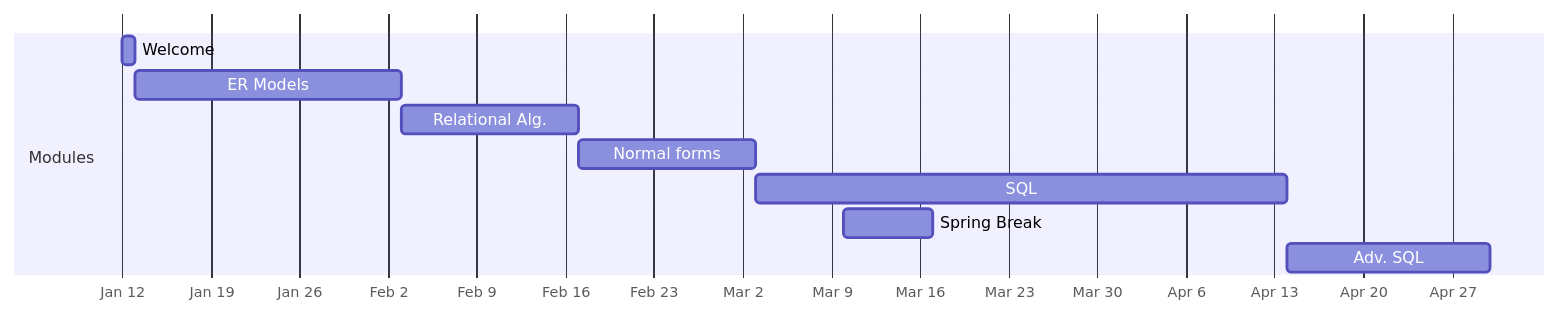
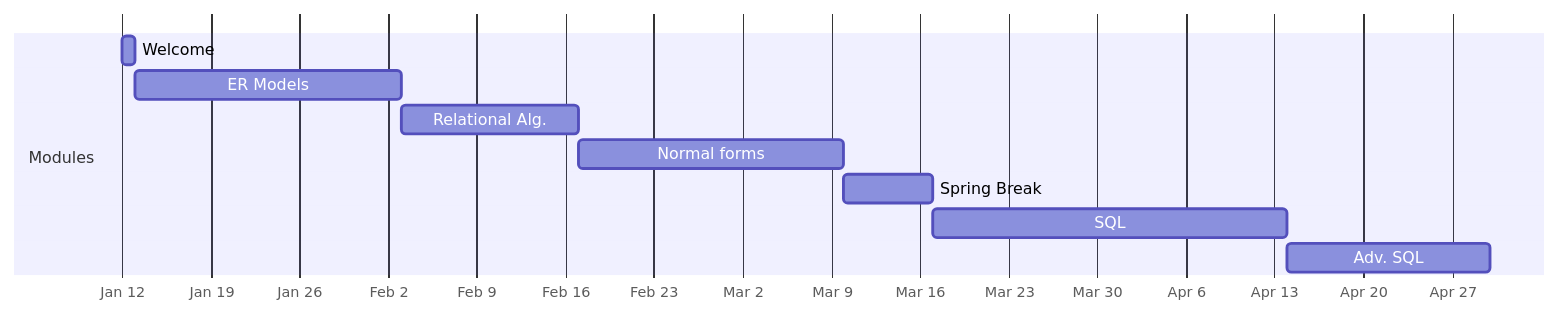
Before and after one commit to lowkeylabs/cmsc408-course-admin: the diagram in sp2025/gantts/modules-gantt.mmd, drawn with Mermaid. The commit also changed 2 other files, not shown here.

Commit message:
working gantts

```diff
--- a/sp2025/gantts/modules-gantt.mmd
+++ b/sp2025/gantts/modules-gantt.mmd
@@ -1,13 +1,13 @@
 gantt
     dateFormat YYYY-MM-DD
     axisFormat %b %e
     todayMarker stroke-width:7px,stroke:#FFB300,opacity:0.5
 
     section Modules
     Welcome : m0, 2025-01-12, 2025-01-13
     ER Models : m1, 2025-01-13, 2025-02-03
     Relational Alg. : m2, 2025-02-03, 2025-02-17
-    Normal forms : m3, 2025-02-17, 2025-03-03
-    SQL : m4, 2025-03-03, 2025-04-14
-    Spring Break : m5, 2025-03-10, 2025-03-17
+    Normal forms : m3, 2025-02-17, 2025-03-10
+    Spring Break : m4, 2025-03-10, 2025-03-17
+    SQL : m5, 2025-03-17, 2025-04-14
     Adv. SQL : m6, 2025-04-14, 2025-04-30
```
